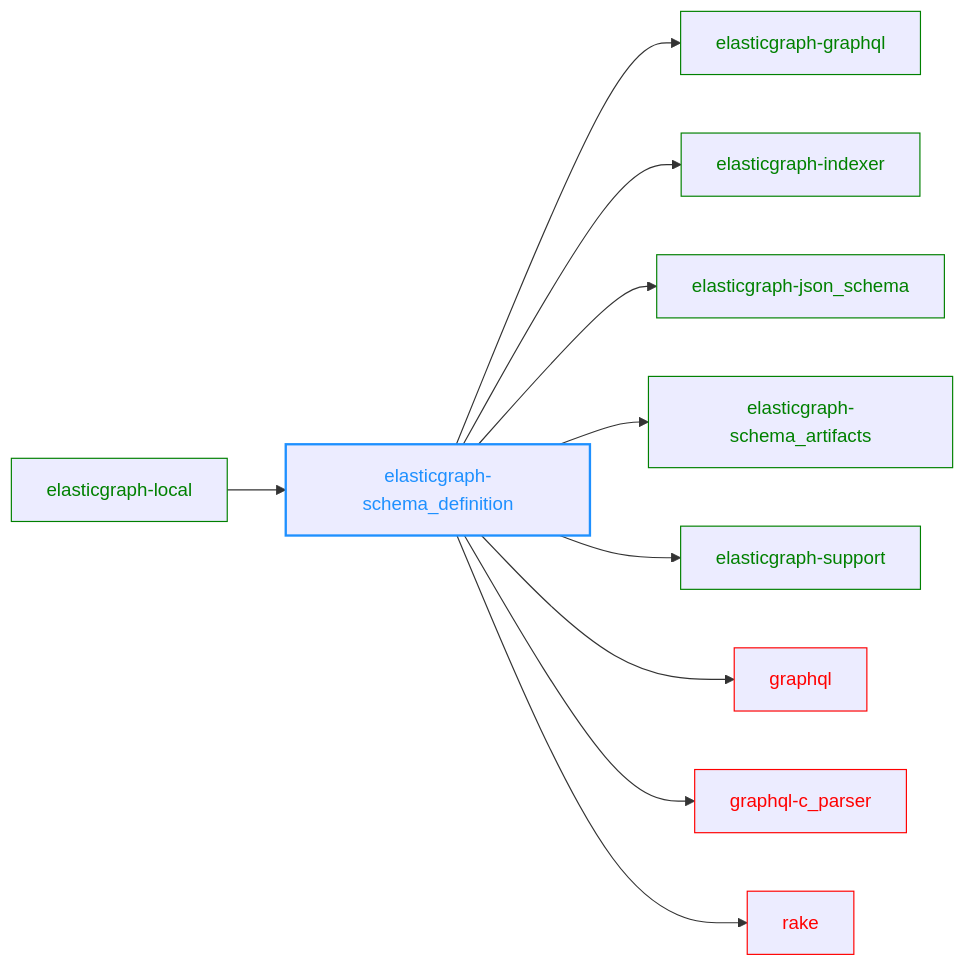
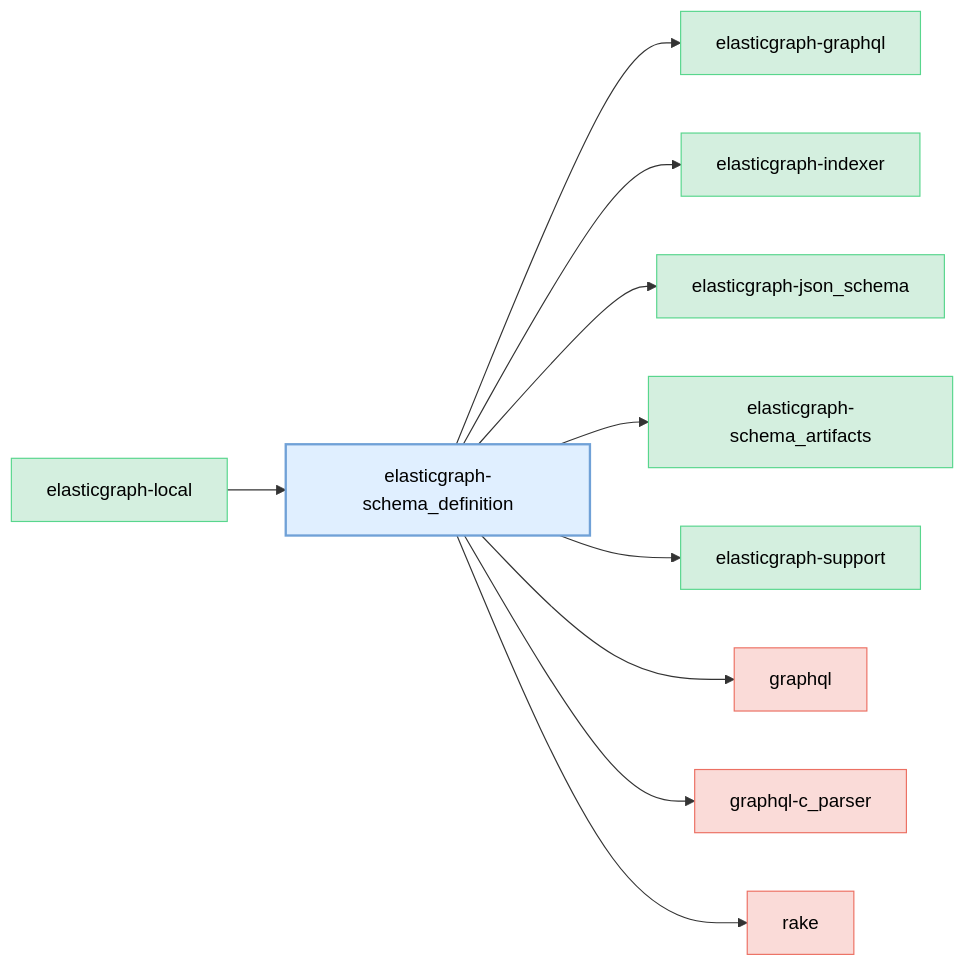
The diagram in elasticgraph-schema_definition/README.md (block/elasticgraph), drawn with Mermaid before and after one commit. The commit also changed 23 other files, not shown here.

````diff
--- a/elasticgraph-schema_definition/README.md
+++ b/elasticgraph-schema_definition/README.md
@@ -11,35 +11,38 @@
 ```mermaid
 graph LR;
+    classDef currentGemStyle fill:#E0EFFF,stroke:#70A1D7,color:#000,stroke-width:2px;
+    classDef internalEgGemStyle fill:#D4EFDF,stroke:#58D68D,color:#000;
+    classDef externalGemStyle fill:#FADBD8,stroke:#EC7063,color:#000;
     elasticgraph-schema_definition["elasticgraph-schema_definition"];
+    class elasticgraph-schema_definition currentGemStyle;
     elasticgraph-graphql["elasticgraph-graphql"];
     elasticgraph-schema_definition --> elasticgraph-graphql;
+    class elasticgraph-graphql internalEgGemStyle;
     elasticgraph-indexer["elasticgraph-indexer"];
     elasticgraph-schema_definition --> elasticgraph-indexer;
+    class elasticgraph-indexer internalEgGemStyle;
     elasticgraph-json_schema["elasticgraph-json_schema"];
     elasticgraph-schema_definition --> elasticgraph-json_schema;
+    class elasticgraph-json_schema internalEgGemStyle;
     elasticgraph-schema_artifacts["elasticgraph-schema_artifacts"];
     elasticgraph-schema_definition --> elasticgraph-schema_artifacts;
+    class elasticgraph-schema_artifacts internalEgGemStyle;
     elasticgraph-support["elasticgraph-support"];
     elasticgraph-schema_definition --> elasticgraph-support;
+    class elasticgraph-support internalEgGemStyle;
     graphql["graphql"];
     elasticgraph-schema_definition --> graphql;
+    class graphql externalGemStyle;
     graphql-c_parser["graphql-c_parser"];
     elasticgraph-schema_definition --> graphql-c_parser;
+    class graphql-c_parser externalGemStyle;
     rake["rake"];
     elasticgraph-schema_definition --> rake;
+    class rake externalGemStyle;
     elasticgraph-local["elasticgraph-local"];
     elasticgraph-local --> elasticgraph-schema_definition;
-    style elasticgraph-schema_definition color:DodgerBlue,stroke-width:2px,stroke:DodgerBlue;
-    style elasticgraph-graphql color:Green,stroke:Green;
-    style elasticgraph-indexer color:Green,stroke:Green;
-    style elasticgraph-json_schema color:Green,stroke:Green;
-    style elasticgraph-schema_artifacts color:Green,stroke:Green;
-    style elasticgraph-support color:Green,stroke:Green;
-    style graphql color:Red,stroke:Red;
-    style graphql-c_parser color:Red,stroke:Red;
-    style rake color:Red,stroke:Red;
-    style elasticgraph-local color:Green,stroke:Green;
+    class elasticgraph-local internalEgGemStyle;
     click graphql href "https://rubygems.org/gems/graphql" "Open on RubyGems.org" _blank;
     click graphql-c_parser href "https://rubygems.org/gems/graphql-c_parser" "Open on RubyGems.org" _blank;
     click rake href "https://rubygems.org/gems/rake" "Open on RubyGems.org" _blank;
 ```
````
